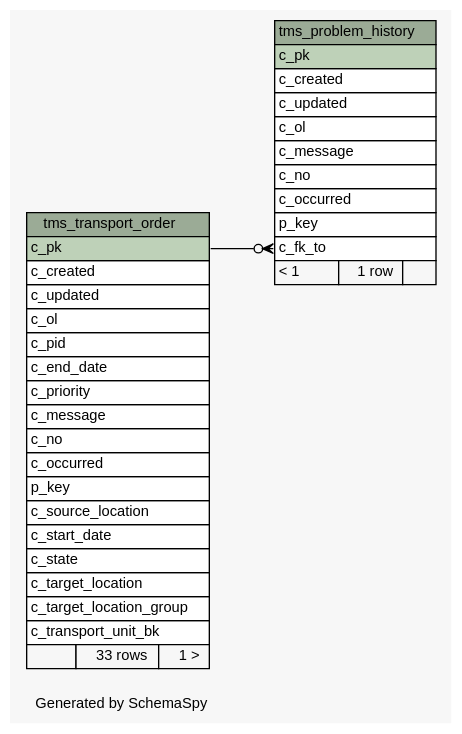
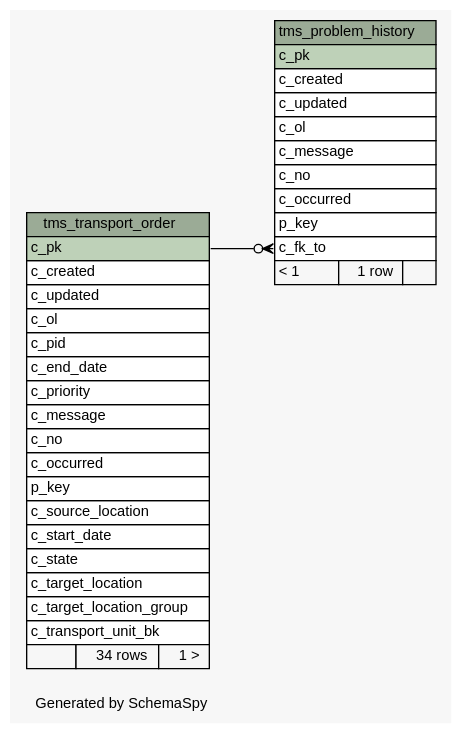
The diagram in 1.4.0-SNAPSHOT/schemaspy/diagrams/summary/relationships.real.large.dot (openwms/org.openwms.tms.transportation), drawn with Graphviz before and after one commit. The commit also changed 302 other files, not shown here.

```diff
--- a/1.4.0-SNAPSHOT/schemaspy/diagrams/summary/relationships.real.large.dot
+++ b/1.4.0-SNAPSHOT/schemaspy/diagrams/summary/relationships.real.large.dot
@@ -1,67 +1,67 @@
 // dot 2.36.0 on Linux 4.4.0-101-generic
 // SchemaSpy rev Unknown
 digraph "largeRelationshipsDiagram" {
   graph [
     rankdir="RL"
     bgcolor="#f7f7f7"
     label="\nGenerated by SchemaSpy"
     labeljust="l"
     nodesep="0.18"
     ranksep="0.46"
     fontname="Helvetica"
     fontsize="11"
   ];
   node [
     fontname="Helvetica"
     fontsize="11"
     shape="plaintext"
   ];
   edge [
     arrowsize="0.8"
   ];
   "tms_problem_history" [
     label=<
     <TABLE BORDER="0" CELLBORDER="1" CELLSPACING="0" BGCOLOR="#ffffff">
       <TR><TD COLSPAN="3" BGCOLOR="#9bab96" ALIGN="CENTER">tms_problem_history</TD></TR>
       <TR><TD PORT="c_pk" COLSPAN="3" BGCOLOR="#bed1b8" ALIGN="LEFT">c_pk</TD></TR>
       <TR><TD PORT="c_created" COLSPAN="3" ALIGN="LEFT">c_created</TD></TR>
       <TR><TD PORT="c_updated" COLSPAN="3" ALIGN="LEFT">c_updated</TD></TR>
       <TR><TD PORT="c_ol" COLSPAN="3" ALIGN="LEFT">c_ol</TD></TR>
       <TR><TD PORT="c_message" COLSPAN="3" ALIGN="LEFT">c_message</TD></TR>
       <TR><TD PORT="c_no" COLSPAN="3" ALIGN="LEFT">c_no</TD></TR>
       <TR><TD PORT="c_occurred" COLSPAN="3" ALIGN="LEFT">c_occurred</TD></TR>
       <TR><TD PORT="p_key" COLSPAN="3" ALIGN="LEFT">p_key</TD></TR>
       <TR><TD PORT="c_fk_to" COLSPAN="3" ALIGN="LEFT">c_fk_to</TD></TR>
       <TR><TD ALIGN="LEFT" BGCOLOR="#f7f7f7">&lt; 1</TD><TD ALIGN="RIGHT" BGCOLOR="#f7f7f7">1 row</TD><TD ALIGN="RIGHT" BGCOLOR="#f7f7f7">  </TD></TR>
     </TABLE>>
     URL="tables/tms_problem_history.html"
     tooltip="tms_problem_history"
   ];
   "tms_transport_order" [
     label=<
     <TABLE BORDER="0" CELLBORDER="1" CELLSPACING="0" BGCOLOR="#ffffff">
       <TR><TD COLSPAN="3" BGCOLOR="#9bab96" ALIGN="CENTER">tms_transport_order</TD></TR>
       <TR><TD PORT="c_pk" COLSPAN="3" BGCOLOR="#bed1b8" ALIGN="LEFT">c_pk</TD></TR>
       <TR><TD PORT="c_created" COLSPAN="3" ALIGN="LEFT">c_created</TD></TR>
       <TR><TD PORT="c_updated" COLSPAN="3" ALIGN="LEFT">c_updated</TD></TR>
       <TR><TD PORT="c_ol" COLSPAN="3" ALIGN="LEFT">c_ol</TD></TR>
       <TR><TD PORT="c_pid" COLSPAN="3" ALIGN="LEFT">c_pid</TD></TR>
       <TR><TD PORT="c_end_date" COLSPAN="3" ALIGN="LEFT">c_end_date</TD></TR>
       <TR><TD PORT="c_priority" COLSPAN="3" ALIGN="LEFT">c_priority</TD></TR>
       <TR><TD PORT="c_message" COLSPAN="3" ALIGN="LEFT">c_message</TD></TR>
       <TR><TD PORT="c_no" COLSPAN="3" ALIGN="LEFT">c_no</TD></TR>
       <TR><TD PORT="c_occurred" COLSPAN="3" ALIGN="LEFT">c_occurred</TD></TR>
       <TR><TD PORT="p_key" COLSPAN="3" ALIGN="LEFT">p_key</TD></TR>
       <TR><TD PORT="c_source_location" COLSPAN="3" ALIGN="LEFT">c_source_location</TD></TR>
       <TR><TD PORT="c_start_date" COLSPAN="3" ALIGN="LEFT">c_start_date</TD></TR>
       <TR><TD PORT="c_state" COLSPAN="3" ALIGN="LEFT">c_state</TD></TR>
       <TR><TD PORT="c_target_location" COLSPAN="3" ALIGN="LEFT">c_target_location</TD></TR>
       <TR><TD PORT="c_target_location_group" COLSPAN="3" ALIGN="LEFT">c_target_location_group</TD></TR>
       <TR><TD PORT="c_transport_unit_bk" COLSPAN="3" ALIGN="LEFT">c_transport_unit_bk</TD></TR>
-      <TR><TD ALIGN="LEFT" BGCOLOR="#f7f7f7">  </TD><TD ALIGN="RIGHT" BGCOLOR="#f7f7f7">33 rows</TD><TD ALIGN="RIGHT" BGCOLOR="#f7f7f7">1 &gt;</TD></TR>
+      <TR><TD ALIGN="LEFT" BGCOLOR="#f7f7f7">  </TD><TD ALIGN="RIGHT" BGCOLOR="#f7f7f7">34 rows</TD><TD ALIGN="RIGHT" BGCOLOR="#f7f7f7">1 &gt;</TD></TR>
     </TABLE>>
     URL="tables/tms_transport_order.html"
     tooltip="tms_transport_order"
   ];
   "tms_problem_history":"c_fk_to":w -> "tms_transport_order":"c_pk":e [arrowhead=none dir=back arrowtail=crowodot];
 }
```
